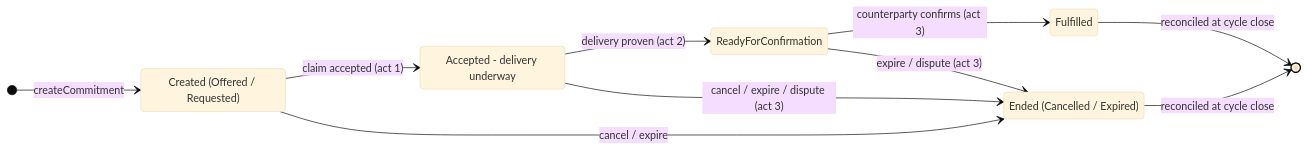
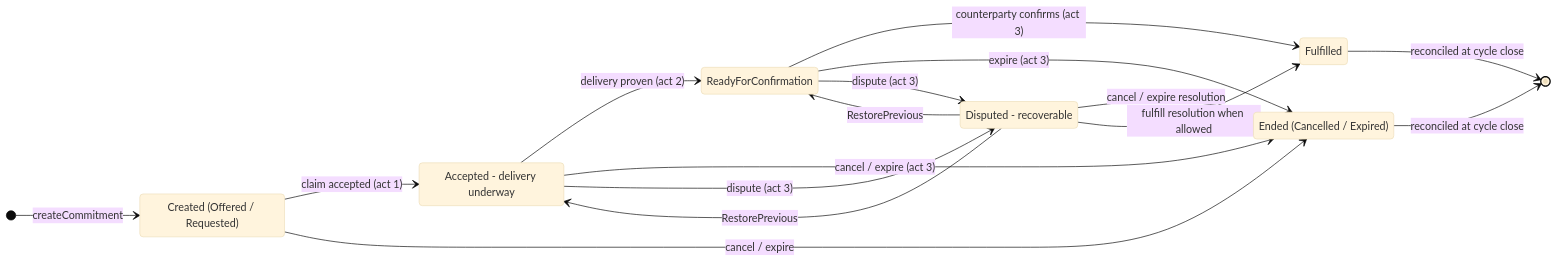
One commit to greenpill-dev-guild/green-goods changed the seventh of 20 diagrams in .plans/active/commitment-pooling/diagrams.md. Above: the diagram before and after it, drawn with Mermaid (base theme). The commit also changed other lines of this file and 13 other files, not shown here.

````diff
--- a/.plans/active/commitment-pooling/diagrams.md
+++ b/.plans/active/commitment-pooling/diagrams.md
@@ -362,17 +391,24 @@
 ```mermaid
 stateDiagram-v2
   direction LR
   state "Created (Offered / Requested)" as CRE
   state "Accepted - delivery underway" as ACC
   state "ReadyForConfirmation" as RFC
+  state "Disputed - recoverable" as DSP
   state "Ended (Cancelled / Expired)" as END
   [*] --> CRE : createCommitment
   CRE --> ACC : claim accepted (act 1)
   ACC --> RFC : delivery proven (act 2)
   RFC --> Fulfilled : counterparty confirms (act 3)
   CRE --> END : cancel / expire
-  ACC --> END : cancel / expire / dispute (act 3)
-  RFC --> END : expire / dispute (act 3)
+  ACC --> END : cancel / expire (act 3)
+  RFC --> END : expire (act 3)
+  ACC --> DSP : dispute (act 3)
+  RFC --> DSP : dispute (act 3)
+  DSP --> ACC : RestorePrevious
+  DSP --> RFC : RestorePrevious
+  DSP --> END : cancel / expire resolution
+  DSP --> Fulfilled : fulfill resolution when allowed
   Fulfilled --> [*] : reconciled at cycle close
   END --> [*] : reconciled at cycle close
 ```
````
